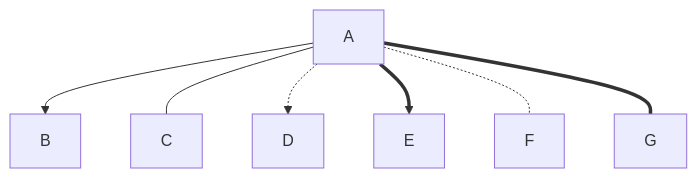
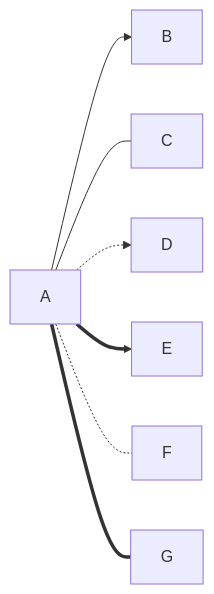
Before and after one commit to NGTHTU4203/hoc-mermaid-nk: the diagram in README.md, drawn with Mermaid.

````diff
--- a/README.md
+++ b/README.md
@@ -3,9 +3,9 @@
 ```mermaid 
-graph TD
+graph LR
     A --> B 
     A --- C 
     A -.-> D 
     A ==> E 
     A -.- F 
     A === G
 ```
````
